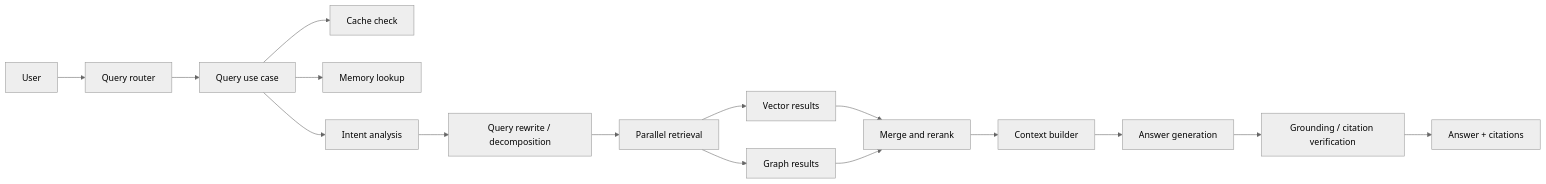
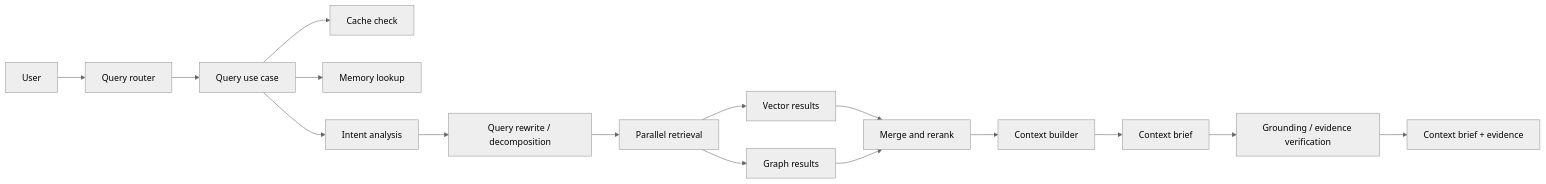
One commit to lattapon-aek/RAG-SYSTEM changed the diagram in docs/query-walkthrough.md. Above: the diagram before and after it, drawn with Mermaid (neutral theme). The commit also changed other lines of this file and 52 other files, not shown here.

Commit message:
Update docs and Typhoon reranker flow

````diff
--- a/docs/query-walkthrough.md
+++ b/docs/query-walkthrough.md
@@ -22,18 +22,18 @@
 ```mermaid
 flowchart LR
     U[User] --> R[Query router]
     R --> U1[Query use case]
     U1 --> C[Cache check]
     U1 --> M[Memory lookup]
     U1 --> I[Intent analysis]
     I --> RW[Query rewrite / decomposition]
     RW --> RT[Parallel retrieval]
     RT --> V[Vector results]
     RT --> G[Graph results]
     V --> MRG[Merge and rerank]
     G --> MRG
     MRG --> CTX[Context builder]
-    CTX --> GEN[Answer generation]
-    GEN --> VER[Grounding / citation verification]
-    VER --> O[Answer + citations]
+    CTX --> ANS[Context brief]
+    ANS --> VER[Grounding / evidence verification]
+    VER --> O[Context brief + evidence]
 ```
````
